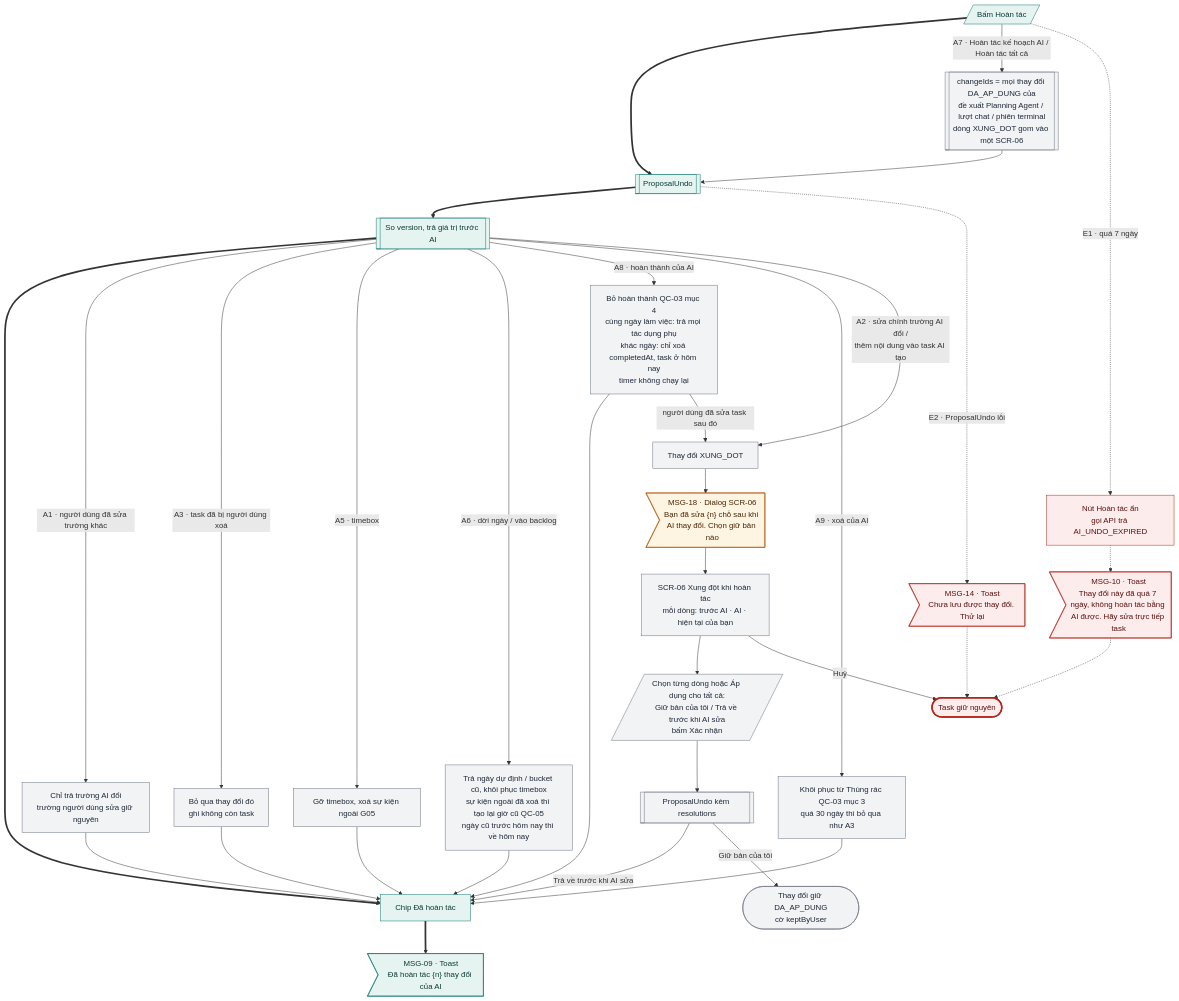
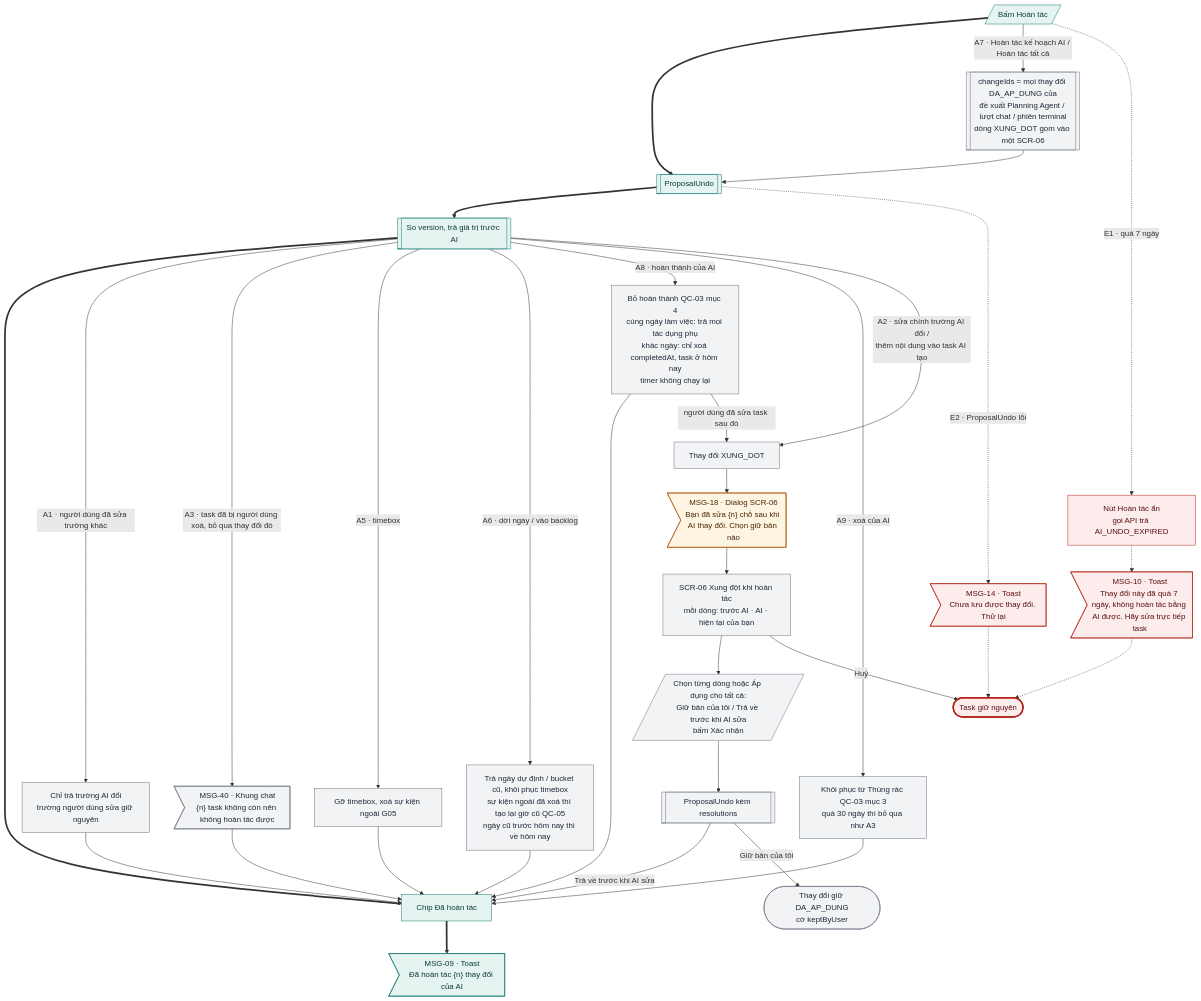
Before and after one commit to tannguyenho/personal-app: diagram 12 of 29 in docs/design-brief/flow/g10-tro-ly-ai.md, drawn with Mermaid. The commit also changed other lines of this file and 6 other files, not shown here.

First line of the commit message:
docs(G01, G10): áp quyết định PO 09/11 vào SRS, PRD, flow; IA trỏ mã mới

````diff
--- a/docs/design-brief/flow/g10-tro-ly-ai.md
+++ b/docs/design-brief/flow/g10-tro-ly-ai.md
@@ -522,54 +577,54 @@
 ```mermaid
 flowchart TD
   u1[/"Bấm Hoàn tác"/]
   p1[["ProposalUndo"]]
   p2[["So version, trả giá trị trước AI"]]
   s1["Chip Đã hoàn tác"]
   m1>"MSG-09 · Toast<br/>Đã hoàn tác {n} thay đổi của AI"]
   u1 ==> p1 ==> p2 ==> s1 ==> m1
 
   u1 -->|"A7 · Hoàn tác kế hoạch AI / Hoàn tác tất cả"| a7[["changeIds = mọi thay đổi DA_AP_DUNG của<br/>đề xuất Planning Agent / lượt chat / phiên terminal<br/>dòng XUNG_DOT gom vào một SCR-06"]]
   a7 --> p1
   p2 -->|"A1 · người dùng đã sửa trường khác"| a1["Chỉ trả trường AI đổi<br/>trường người dùng sửa giữ nguyên"]
   a1 --> s1
-  p2 -->|"A3 · task đã bị người dùng xoá"| a3["Bỏ qua thay đổi đó<br/>ghi không còn task"]
+  p2 -->|"A3 · task đã bị người dùng xoá, bỏ qua thay đổi đó"| a3>"MSG-40 · Khung chat<br/>{n} task không còn nên không hoàn tác được"]
   a3 --> s1
   p2 -->|"A5 · timebox"| a5["Gỡ timebox, xoá sự kiện ngoài G05"]
   a5 --> s1
   p2 -->|"A6 · dời ngày / vào backlog"| a6["Trả ngày dự định / bucket cũ, khôi phục timebox<br/>sự kiện ngoài đã xoá thì tạo lại giờ cũ QC-05<br/>ngày cũ trước hôm nay thì về hôm nay"]
   a6 --> s1
   p2 -->|"A8 · hoàn thành của AI"| a8["Bỏ hoàn thành QC-03 mục 4<br/>cùng ngày làm việc: trả mọi tác dụng phụ<br/>khác ngày: chỉ xoá completedAt, task ở hôm nay<br/>timer không chạy lại"]
   a8 --> s1
   p2 -->|"A9 · xoá của AI"| a9["Khôi phục từ Thùng rác QC-03 mục 3<br/>quá 30 ngày thì bỏ qua như A3"]
   a9 --> s1
   p2 -->|"A2 · sửa chính trường AI đổi /<br/>thêm nội dung vào task AI tạo"| a2["Thay đổi XUNG_DOT"]
   a8 -->|"người dùng đã sửa task sau đó"| a2
   a2 --> a2m>"MSG-18 · Dialog SCR-06<br/>Bạn đã sửa {n} chỗ sau khi AI thay đổi. Chọn giữ bản nào"]
   a2m --> a2s["SCR-06 Xung đột khi hoàn tác<br/>mỗi dòng: trước AI · AI · hiện tại của bạn"]
   a2s --> a2u[/"Chọn từng dòng hoặc Áp dụng cho tất cả:<br/>Giữ bản của tôi / Trả về trước khi AI sửa<br/>bấm Xác nhận"/]
   a2u --> a2p[["ProposalUndo kèm resolutions"]]
   a2p -->|"Trả về trước khi AI sửa"| s1
   a2p -->|"Giữ bản của tôi"| a2k(["Thay đổi giữ DA_AP_DUNG<br/>cờ keptByUser"])
   a2s -->|"Huỷ"| fail
 
   u1 -.->|"E1 · quá 7 ngày"| e1["Nút Hoàn tác ẩn<br/>gọi API trả AI_UNDO_EXPIRED"]
   e1 -.-> e1m>"MSG-10 · Toast<br/>Thay đổi này đã quá 7 ngày, không hoàn tác bằng AI được. Hãy sửa trực tiếp task"]
   p1 -.->|"E2 · ProposalUndo lỗi"| e2m>"MSG-14 · Toast<br/>Chưa lưu được thay đổi. Thử lại"]
   e1m -.-> fail(["Task giữ nguyên"])
   e2m -.-> fail
 
   class u1,p1,p2,s1,m1 happy
   class a7,a1,a3,a5,a6,a8,a9,a2,a2s,a2u,a2p,a2k alt
   class a2m warn
   class e1,e1m,e2m err
   class fail fail
   classDef happy fill:#E6F4F1,stroke:#0F766E,color:#0B3B36
   classDef alt fill:#F1F3F5,stroke:#6B7280,color:#1F2937
   classDef err fill:#FDECEC,stroke:#B42318,color:#5C1010
   classDef warn fill:#FEF4E2,stroke:#B45309,color:#4A2604
   classDef ai fill:#F1ECFD,stroke:#6D28D9,color:#2E1065
   classDef sync fill:#FFFFFF,stroke:#6B7280,stroke-dasharray:4 3,color:#1F2937
   classDef link fill:#FFFFFF,stroke:#0F766E,stroke-dasharray:4 3,color:#0B3B36
   classDef done fill:#E6F4F1,stroke:#0F766E,stroke-width:3px,color:#0B3B36
   classDef fail fill:#FDECEC,stroke:#B42318,stroke-width:3px,color:#5C1010
 ```
````
